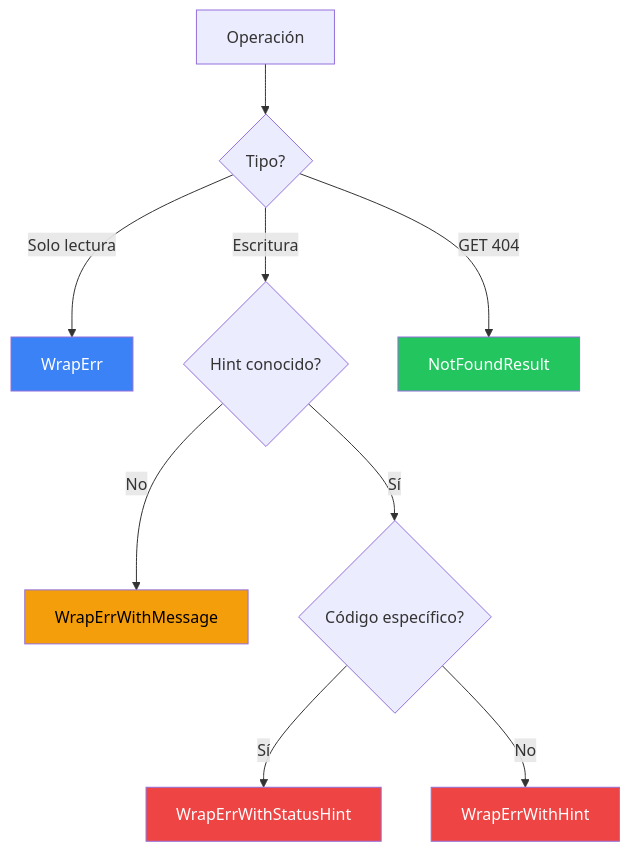
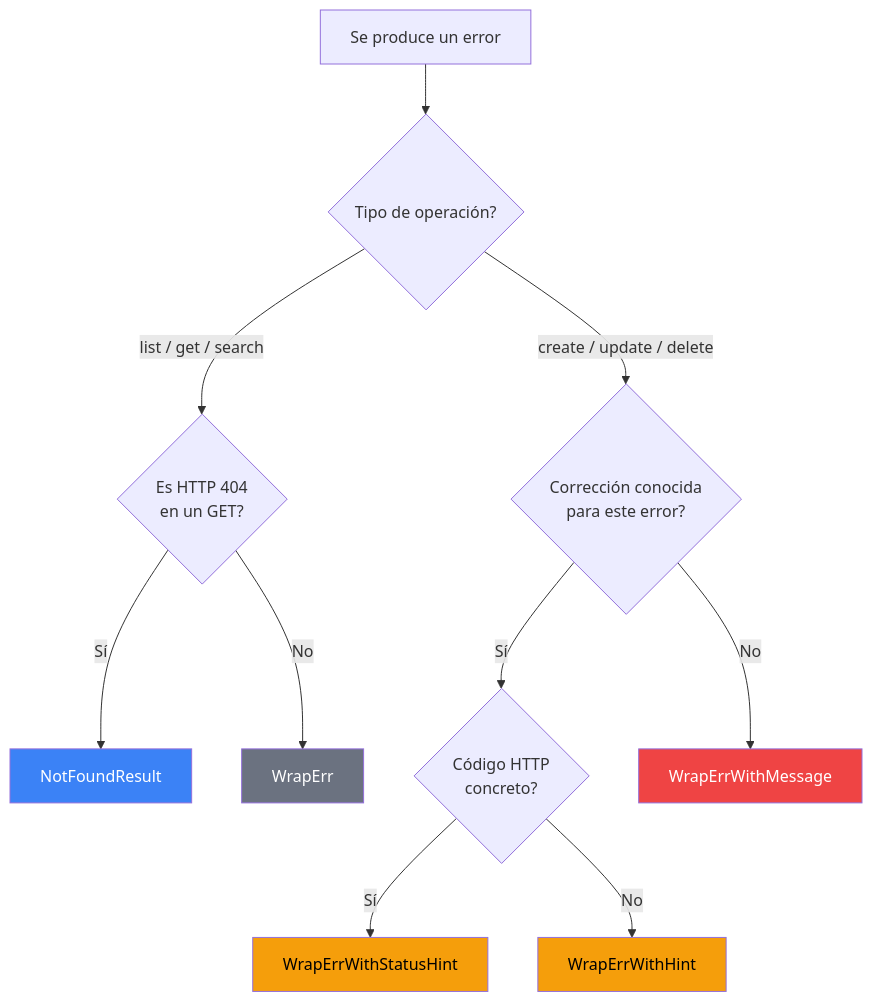
Before and after one commit to jmrplens/gitlab-mcp-server: the diagram in site/src/content/docs/es/operations/error-handling.mdx, drawn with Mermaid. The commit also changed other lines of this file and 90 other files, not shown here.

````diff
--- a/site/src/content/docs/es/operations/error-handling.mdx
+++ b/site/src/content/docs/es/operations/error-handling.mdx
@@ -91,17 +92,18 @@
 ```mermaid
 flowchart TD
-    A[Operación] --> B{Tipo?}
-    B -->|Solo lectura| C[WrapErr]
-    B -->|Escritura| D{Hint conocido?}
-    D -->|No| E[WrapErrWithMessage]
-    D -->|Sí| F{Código específico?}
-    F -->|Sí| G[WrapErrWithStatusHint]
-    F -->|No| H[WrapErrWithHint]
-    B -->|GET 404| I[NotFoundResult]
+    A[Se produce un error] --> B{Tipo de operación?}
+    B -->|list / get / search| C{Es HTTP 404<br/>en un GET?}
+    C -->|Sí| D[NotFoundResult]
+    C -->|No| E[WrapErr]
+    B -->|create / update / delete| F{Corrección conocida<br/>para este error?}
+    F -->|Sí| G{Código HTTP<br/>concreto?}
+    G -->|Sí| H[WrapErrWithStatusHint]
+    G -->|No| I[WrapErrWithHint]
+    F -->|No| J[WrapErrWithMessage]
 
-    style C fill:#3b82f6,color:#fff
-    style E fill:#f59e0b,color:#000
-    style G fill:#ef4444,color:#fff
-    style H fill:#ef4444,color:#fff
-    style I fill:#22c55e,color:#fff
+    style D fill:#3b82f6,color:#fff
+    style E fill:#6b7280,color:#fff
+    style H fill:#f59e0b,color:#000
+    style I fill:#f59e0b,color:#000
+    style J fill:#ef4444,color:#fff
 ```
````
